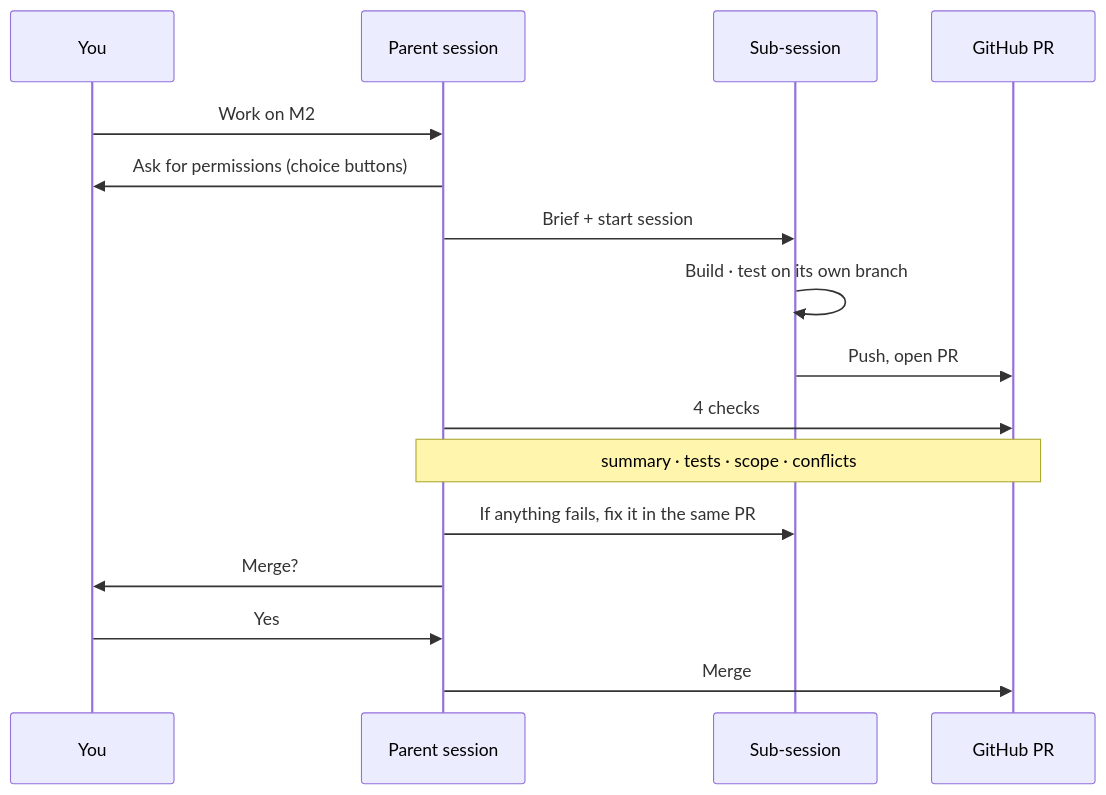
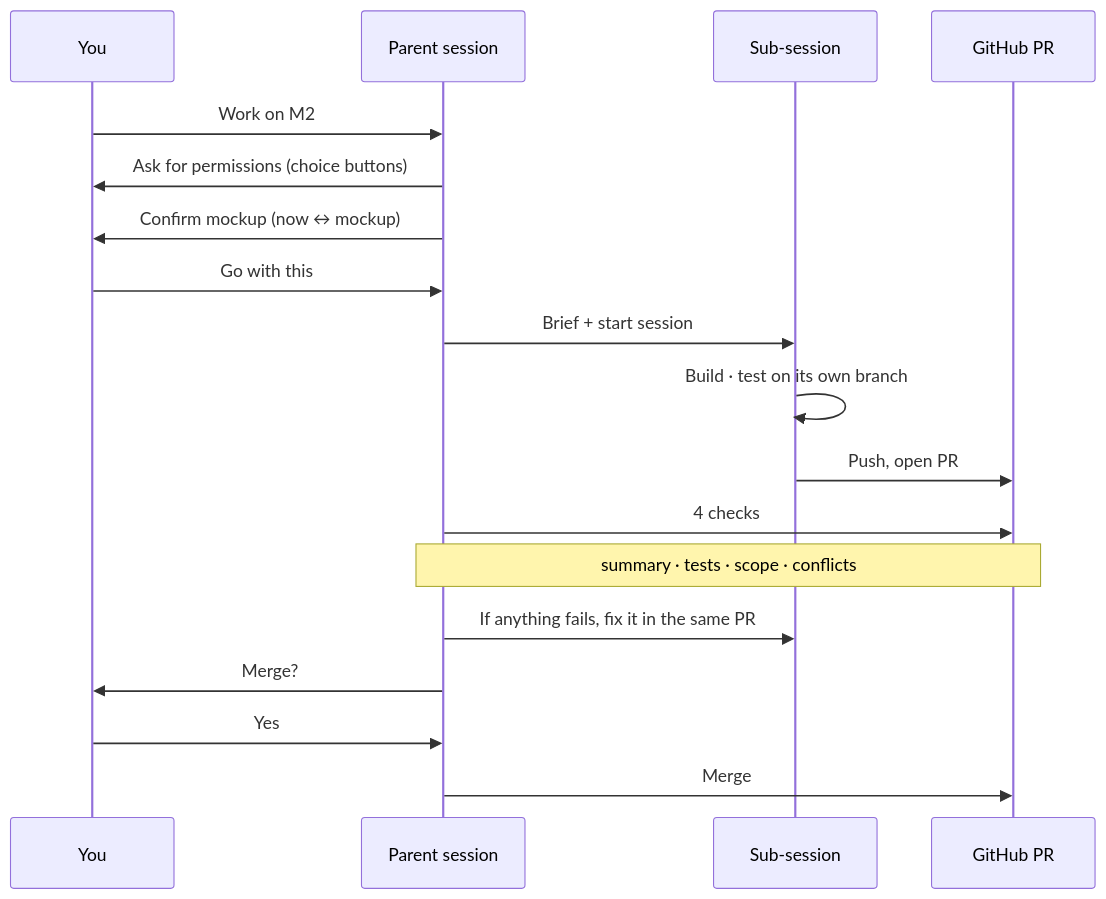
One commit to ff-1204/claude-haejo changed the second of 2 diagrams in README.md. Above: the diagram before and after it, drawn with Mermaid. The commit also changed other lines of this file and 12 other files, not shown here.

````diff
--- a/README.md
+++ b/README.md
@@ -69,18 +70,20 @@
 ```mermaid
 sequenceDiagram
   participant U as You
   participant P as Parent session
   participant C as Sub-session
   participant G as GitHub PR
   U->>P: Work on M2
   P->>U: Ask for permissions (choice buttons)
+  P->>U: Confirm mockup (now ↔ mockup)
+  U->>P: Go with this
   P->>C: Brief + start session
   C->>C: Build · test on its own branch
   C->>G: Push, open PR
   P->>G: 4 checks
   Note over P,G: summary · tests · scope · conflicts
   P->>C: If anything fails, fix it in the same PR
   P->>U: Merge?
   U->>P: Yes
   P->>G: Merge
 ```
````
